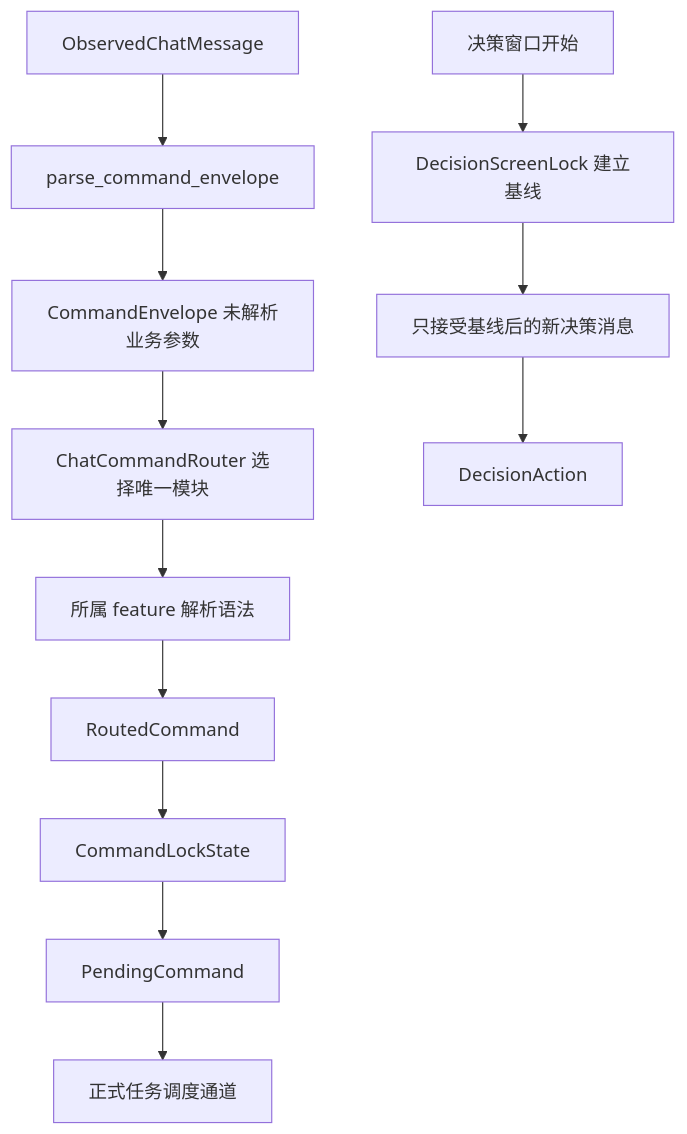
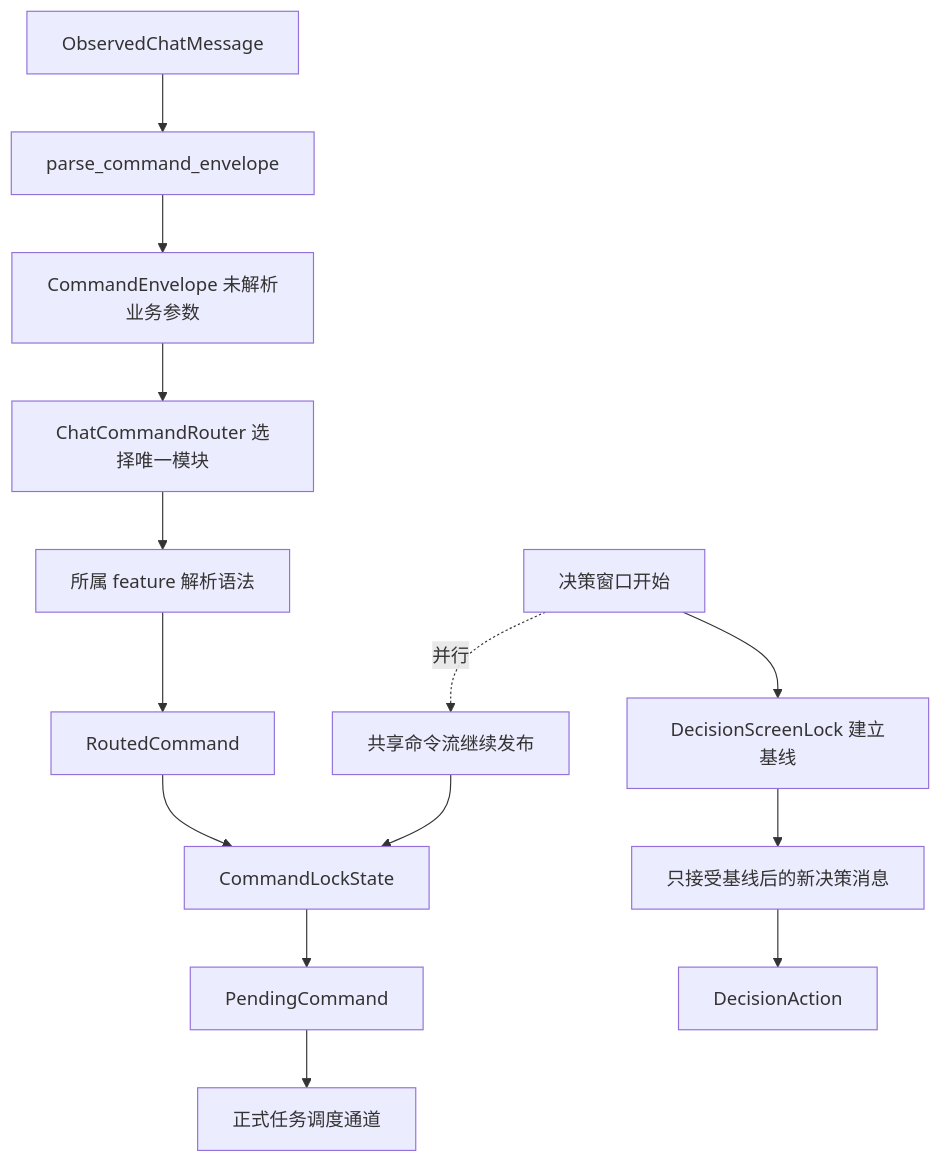
Before and after one commit to XingNian-www/Miliastra-Wonderland-Music: the diagram in docs/command-model-locks.md, drawn with Mermaid. The commit also changed other lines of this file and 9 other files, not shown here.

Commit message:
docs: align exclusive chat flow documentation

````diff
--- a/docs/command-model-locks.md
+++ b/docs/command-model-locks.md
@@ -9,15 +9,17 @@
 ```mermaid
 flowchart TD
     A["ObservedChatMessage"] --> B["parse_command_envelope"]
     B --> C["CommandEnvelope 未解析业务参数"]
     C --> D["ChatCommandRouter 选择唯一模块"]
     D --> E["所属 feature 解析语法"]
     E --> F["RoutedCommand<ModuleCommand>"]
     F --> G["CommandLockState"]
     G --> H["PendingCommand"]
     H --> I["正式任务调度通道"]
 
     J["决策窗口开始"] --> K["DecisionScreenLock 建立基线"]
     K --> L["只接受基线后的新决策消息"]
     L --> M["DecisionAction"]
+    N["共享命令流继续发布"] --> G
+    J -. "并行" .-> N
 ```
````
